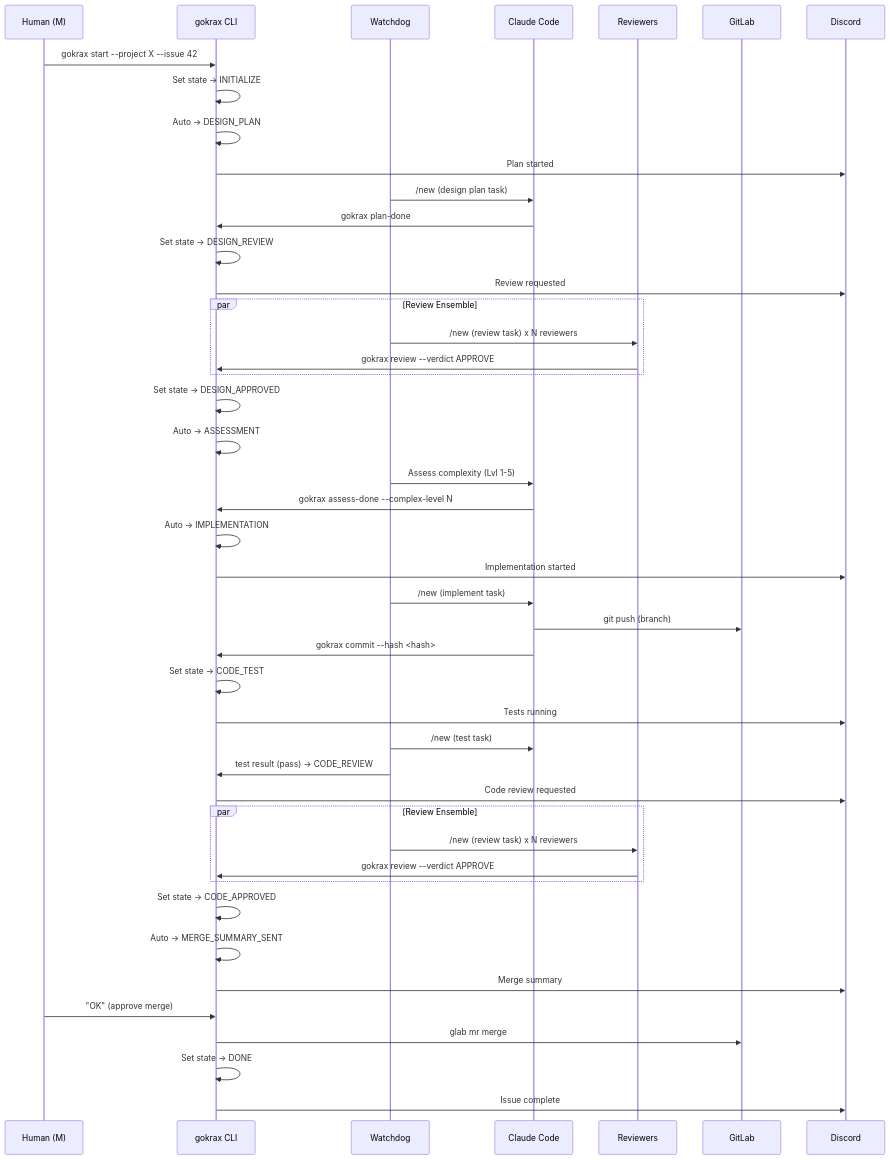
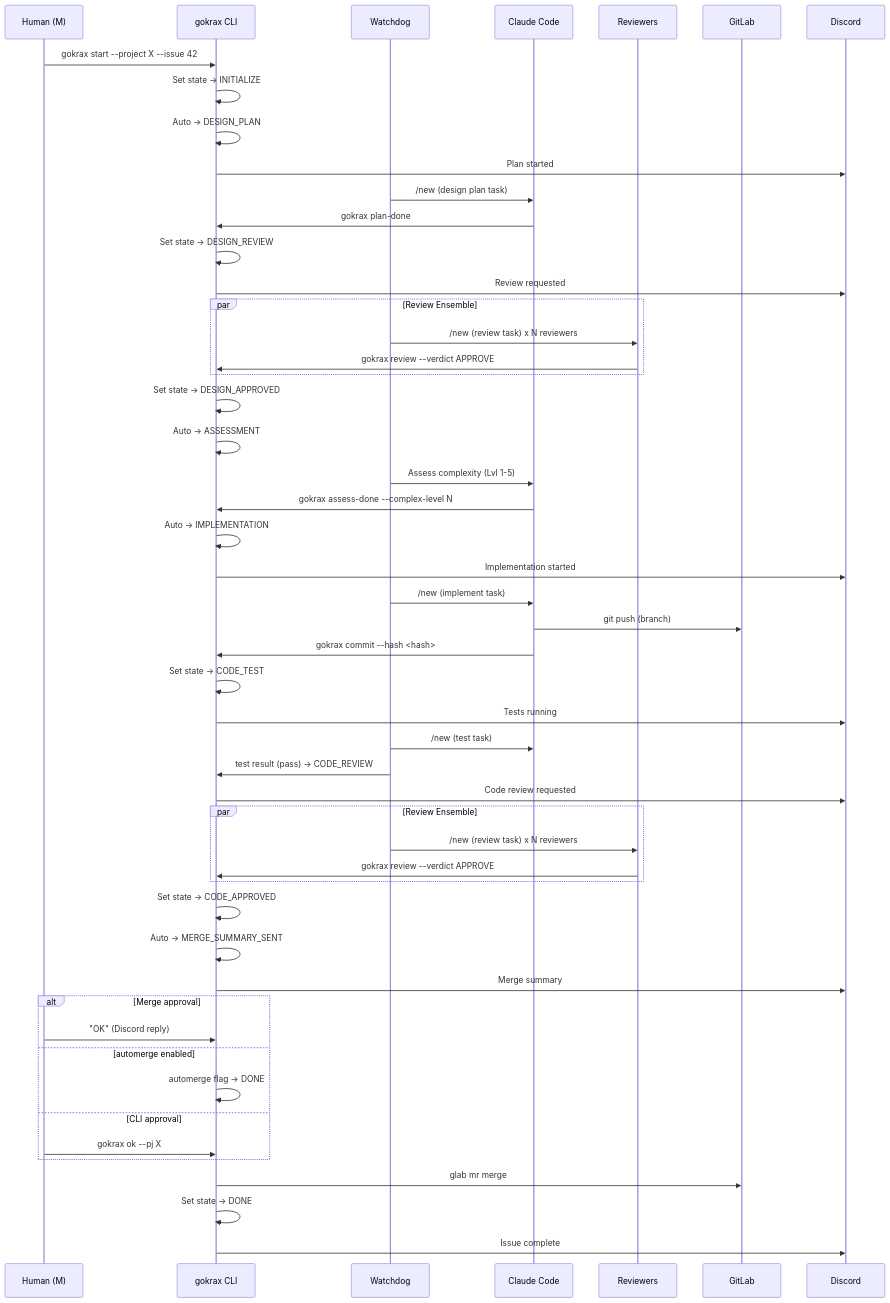
The fifth of 6 diagrams in docs/architecture.md (atakalive/gokrax), drawn with Mermaid before and after one commit. The commit also changed other lines of this file, not shown here.

First line of the commit message:
docs: update architecture.md to reflect current codebase. Closes #262

````diff
--- a/docs/architecture.md
+++ b/docs/architecture.md
@@ -255,52 +283,58 @@
 ```mermaid
 sequenceDiagram
     participant M as Human (M)
     participant DB as gokrax CLI
     participant WD as Watchdog
     participant CC as Claude Code
     participant RV as Reviewers
     participant GL as GitLab
     participant DC as Discord
 
     M->>DB: gokrax start --project X --issue 42
     DB->>DB: Set state -> INITIALIZE
     DB->>DB: Auto -> DESIGN_PLAN
     DB->>DC: Plan started
     WD->>CC: /new (design plan task)
     CC->>DB: gokrax plan-done
     DB->>DB: Set state -> DESIGN_REVIEW
     DB->>DC: Review requested
 
     par Review Ensemble
         WD->>RV: /new (review task) x N reviewers
         RV->>DB: gokrax review --verdict APPROVE
     end
 
     DB->>DB: Set state -> DESIGN_APPROVED
     DB->>DB: Auto -> ASSESSMENT
     WD->>CC: Assess complexity (Lvl 1-5)
     CC->>DB: gokrax assess-done --complex-level N
     DB->>DB: Auto -> IMPLEMENTATION
     DB->>DC: Implementation started
     WD->>CC: /new (implement task)
     CC->>GL: git push (branch)
     CC->>DB: gokrax commit --hash <hash>
     DB->>DB: Set state -> CODE_TEST
     DB->>DC: Tests running
     WD->>CC: /new (test task)
     WD->>DB: test result (pass) → CODE_REVIEW
     DB->>DC: Code review requested
 
     par Review Ensemble
         WD->>RV: /new (review task) x N reviewers
         RV->>DB: gokrax review --verdict APPROVE
     end
 
     DB->>DB: Set state -> CODE_APPROVED
     DB->>DB: Auto -> MERGE_SUMMARY_SENT
     DB->>DC: Merge summary
-    M->>DB: "OK" (approve merge)
+    alt Merge approval
+        M->>DB: "OK" (Discord reply)
+    else automerge enabled
+        DB->>DB: automerge flag → DONE
+    else CLI approval
+        M->>DB: gokrax ok --pj X
+    end
     DB->>GL: glab mr merge
     DB->>DB: Set state -> DONE
     DB->>DC: Issue complete
 ```
````
